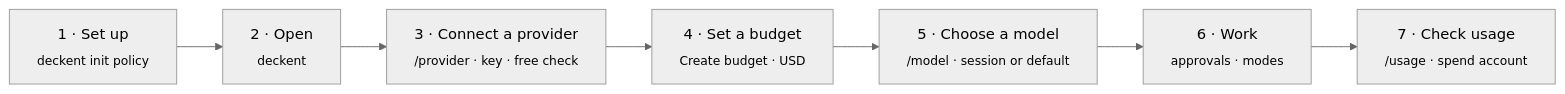
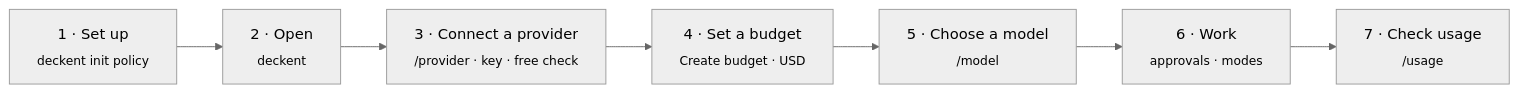
One commit to Verhex/deckent-next changed the third of 6 diagrams in README.md. Above: the diagram before and after it, drawn with Mermaid (neutral theme). The commit also changed other lines of this file and 3 other files, not shown here.

````diff
--- a/README.md
+++ b/README.md
@@ -93,9 +151,9 @@
 ```mermaid
 flowchart LR
   I["1 · Set up<br/><sub>deckent init policy</sub>"] --> O["2 · Open<br/><sub>deckent</sub>"]
   O --> P["3 · Connect a provider<br/><sub>/provider · key · free check</sub>"]
   P --> B["4 · Set a budget<br/><sub>Create budget · USD</sub>"]
-  B --> M["5 · Choose a model<br/><sub>/model · session or default</sub>"]
+  B --> M["5 · Choose a model<br/><sub>/model</sub>"]
   M --> W["6 · Work<br/><sub>approvals · modes</sub>"]
-  W --> U["7 · Check usage<br/><sub>/usage · spend account</sub>"]
+  W --> U["7 · Check usage<br/><sub>/usage</sub>"]
 ```
````
